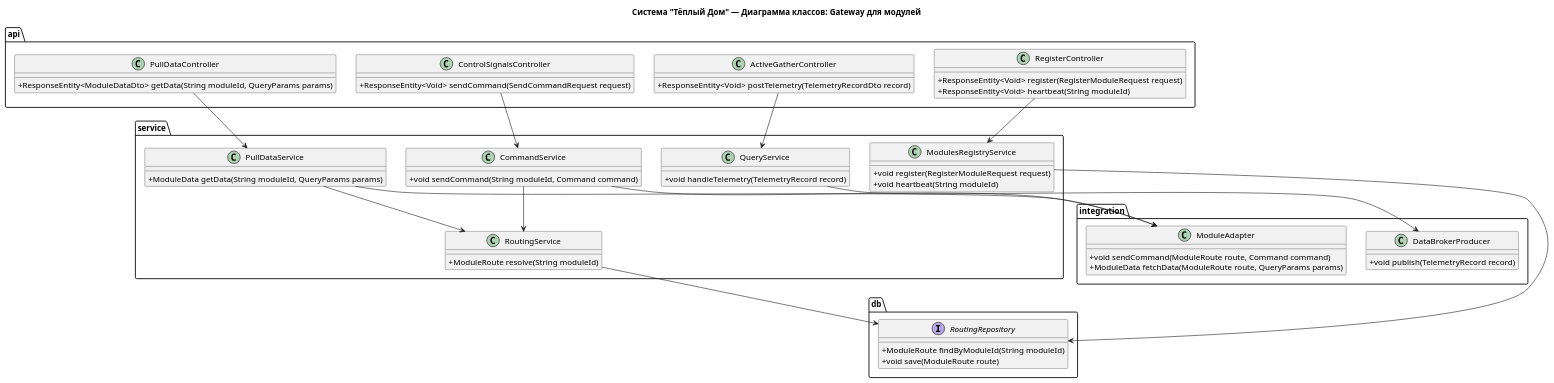
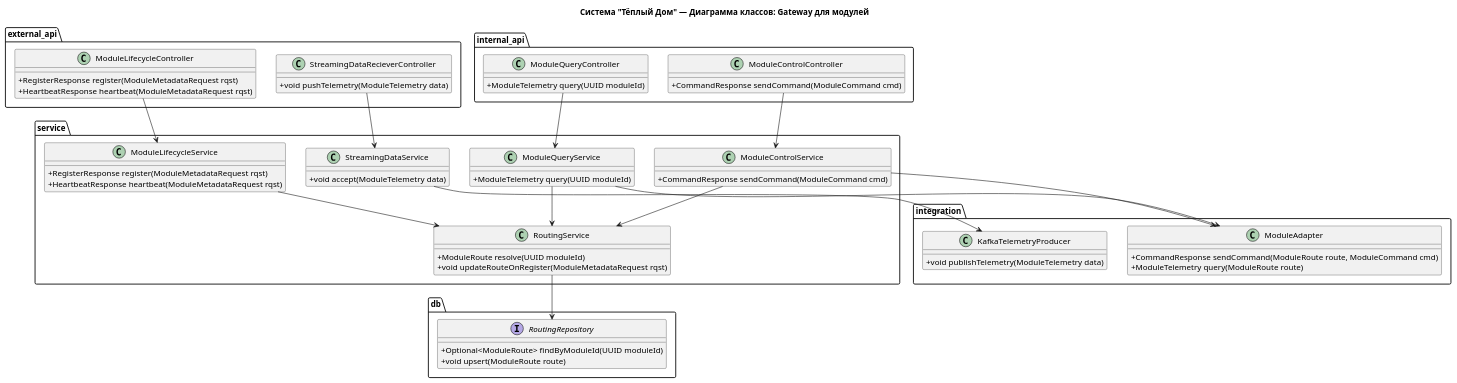
One commit to kalach77rus/warmhouse changed the diagram in schemas/code/WarmHouse_Code_gateway.puml. Above: the diagram before and after it, drawn with PlantUML. The commit also changed other lines of this file and 1 other file, not shown here.

```diff
--- a/schemas/code/WarmHouse_Code_gateway.puml
+++ b/schemas/code/WarmHouse_Code_gateway.puml
@@ -1,85 +1,96 @@
 @startuml warmhouse gateway class diagram
 
 title Система "Тёплый Дом" — Диаграмма классов: Gateway для модулей
 
 skinparam classAttributeIconSize 0
 
-package "api" {
 
-    class ControlSignalsController {
-        + ResponseEntity<Void> sendCommand(SendCommandRequest request)
+package "external_api" {
+
+
+    class StreamingDataRecieverController {
+        + void pushTelemetry(ModuleTelemetry data)
     }
 
-    class PullDataController {
-        + ResponseEntity<ModuleDataDto> getData(String moduleId, QueryParams params)
+    class ModuleLifecycleController {
+        + RegisterResponse register(ModuleMetadataRequest rqst)
+        + HeartbeatResponse heartbeat(ModuleMetadataRequest rqst)
     }
 
-    class ActiveGatherController {
-        + ResponseEntity<Void> postTelemetry(TelemetryRecordDto record)
+}
+
+package "internal_api" {
+
+    class ModuleControlController {
+        + CommandResponse sendCommand(ModuleCommand cmd)
     }
 
-    class RegisterController {
-        + ResponseEntity<Void> register(RegisterModuleRequest request)
-        + ResponseEntity<Void> heartbeat(String moduleId)
+    class ModuleQueryController {
+        + ModuleTelemetry query(UUID moduleId)
     }
+
 }
 
 package "service" {
 
-    class CommandService {
-        + void sendCommand(String moduleId, Command command)
+    class StreamingDataService {
+        + void accept(ModuleTelemetry data)
     }
 
-    class PullDataService {
-        + ModuleData getData(String moduleId, QueryParams params)
-    }
-
-    class QueryService {
-        + void handleTelemetry(TelemetryRecord record)
-    }
-
-    class ModulesRegistryService {
-        + void register(RegisterModuleRequest request)
-        + void heartbeat(String moduleId)
+    class ModuleLifecycleService {
+        + RegisterResponse register(ModuleMetadataRequest rqst)
+        + HeartbeatResponse heartbeat(ModuleMetadataRequest rqst)
     }
 
     class RoutingService {
-        + ModuleRoute resolve(String moduleId)
+        + ModuleRoute resolve(UUID moduleId)
+        + void updateRouteOnRegister(ModuleMetadataRequest rqst)
     }
+
+    class ModuleControlService {
+        + CommandResponse sendCommand(ModuleCommand cmd)
+    }
+
+    class ModuleQueryService {
+        + ModuleTelemetry query(UUID moduleId)
+    }
+
 }
 
 package "integration" {
 
     class ModuleAdapter {
-        + void sendCommand(ModuleRoute route, Command command)
-        + ModuleData fetchData(ModuleRoute route, QueryParams params)
+        + CommandResponse sendCommand(ModuleRoute route, ModuleCommand cmd)
+        + ModuleTelemetry query(ModuleRoute route)
     }
 
-    class DataBrokerProducer {
-        + void publish(TelemetryRecord record)
+    class KafkaTelemetryProducer {
+        + void publishTelemetry(ModuleTelemetry data)
     }
+
 }
 
 package "db" {
 
     interface RoutingRepository {
-        + ModuleRoute findByModuleId(String moduleId)
-        + void save(ModuleRoute route)
+        + Optional<ModuleRoute> findByModuleId(UUID moduleId)
+        + void upsert(ModuleRoute route)
     }
+
 }
 
-ControlSignalsController -down-> CommandService
-PullDataController -down-> PullDataService
-ActiveGatherController -down-> QueryService
-RegisterController -down-> ModulesRegistryService
+ModuleControlController -down-> ModuleControlService
+ModuleQueryController -down-> ModuleQueryService
+ModuleLifecycleController -down-> ModuleLifecycleService
+StreamingDataRecieverController -down-> StreamingDataService
 
-CommandService -down-> RoutingService
-PullDataService -down-> RoutingService
-RoutingService -down-> RoutingRepository
+ModuleQueryService --> RoutingService
+ModuleControlService --> RoutingService
+ModuleLifecycleService --> RoutingService
+RoutingService --> RoutingRepository
 
-CommandService --> ModuleAdapter
-PullDataService --> ModuleAdapter
-QueryService --> DataBrokerProducer
-ModulesRegistryService --> RoutingRepository
+StreamingDataService --> KafkaTelemetryProducer
+ModuleControlService --> ModuleAdapter
+ModuleQueryService --> ModuleAdapter
 
 @enduml
```
